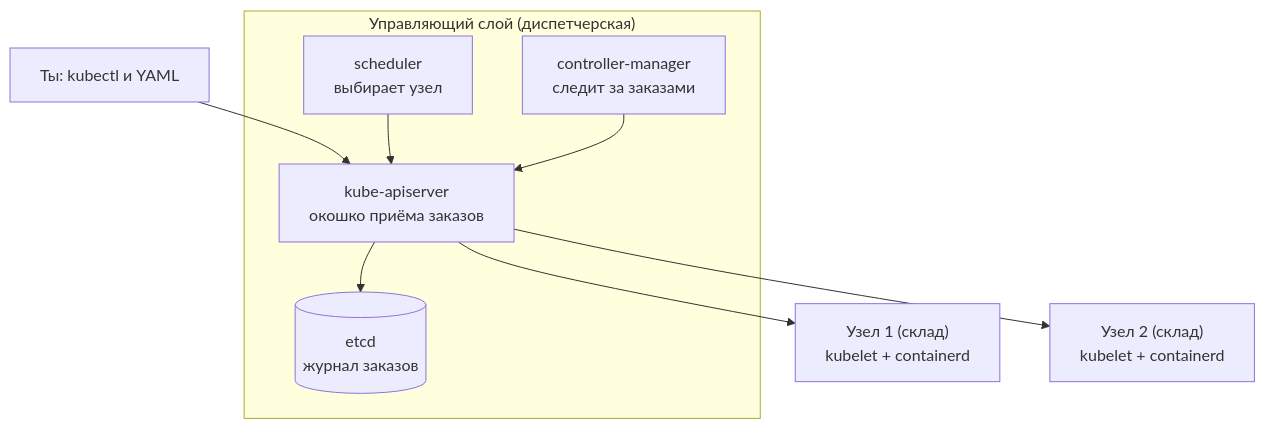
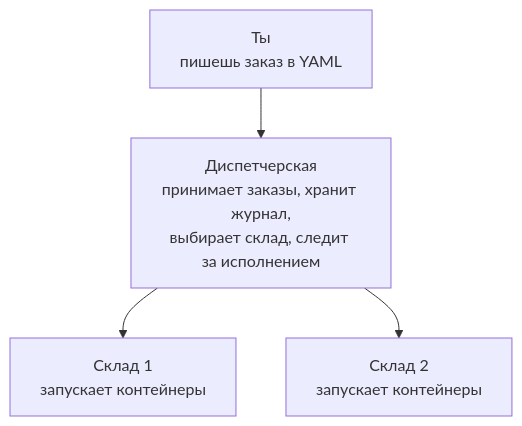
The first of 7 diagrams in devops/05-kubernetes/01-why-k8s-cluster.md (distinguished-sre/learning), drawn with Mermaid before and after one commit. The commit also changed other lines of this file and 462 other files, not shown here.

````diff
--- a/devops/05-kubernetes/01-why-k8s-cluster.md
+++ b/devops/05-kubernetes/01-why-k8s-cluster.md
@@ -44,11 +44,7 @@
 ```mermaid
 flowchart TD
-    Y["Ты: kubectl и YAML"] --> A
-    subgraph CP["Управляющий слой (диспетчерская)"]
-        A["kube-apiserver<br>окошко приёма заказов"] --> E[("etcd<br>журнал заказов")]
-        S["scheduler<br>выбирает узел"] --> A
-        C["controller-manager<br>следит за заказами"] --> A
-    end
-    A --> W1["Узел 1 (склад)<br>kubelet + containerd"]
-    A --> W2["Узел 2 (склад)<br>kubelet + containerd"]
+    Y["Ты<br>пишешь заказ в YAML"] --> D
+    D["Диспетчерская<br>принимает заказы, хранит журнал,<br>выбирает склад, следит за исполнением"]
+    D --> W1["Склад 1<br>запускает контейнеры"]
+    D --> W2["Склад 2<br>запускает контейнеры"]
 ```
````
